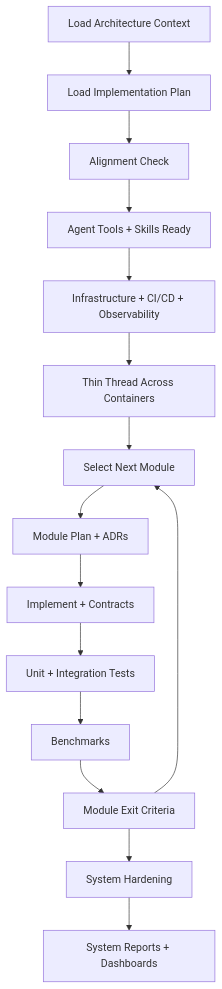
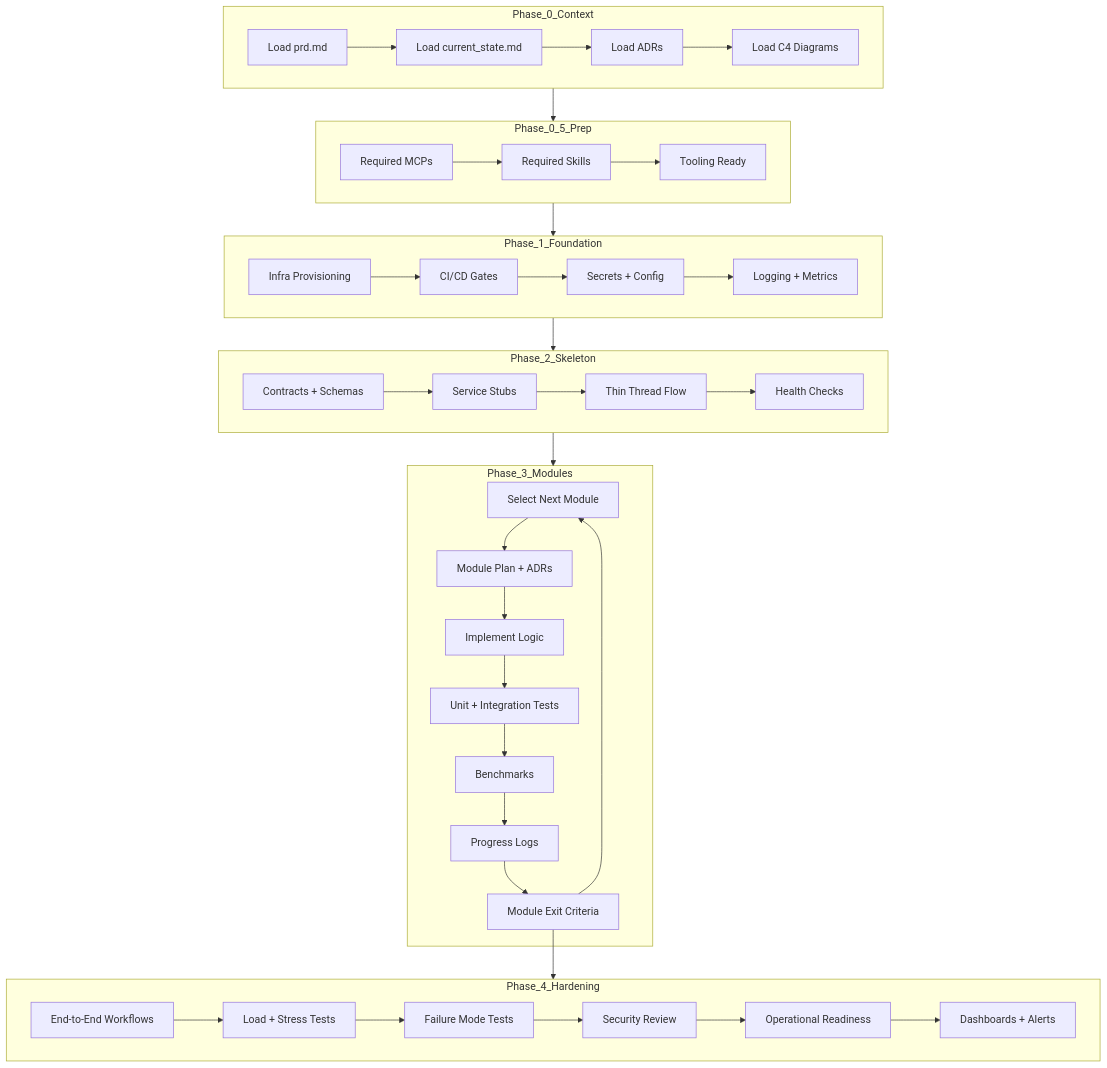
The third of 3 diagrams in Workflow Synthesize/flows/vibe-system-implementation.md (AnyAxis-Labs/sdlc-visualization), drawn with Mermaid before and after one commit. The commit also changed 1 other file, not shown here.

Commit message:
docs: deepen vibe system low levels

````diff
--- a/Workflow Synthesize/flows/vibe-system-implementation.md
+++ b/Workflow Synthesize/flows/vibe-system-implementation.md
@@ -57,17 +57,58 @@
 ```mermaid
 graph TB
-    LoadCtx["Load Architecture Context"] --> LoadPlan["Load Implementation Plan"]
-    LoadPlan --> Align["Alignment Check"]
-    Align --> Prep["Agent Tools + Skills Ready"]
-    Prep --> Foundation["Infrastructure + CI/CD + Observability"]
-    Foundation --> Skeleton["Thin Thread Across Containers"]
-    Skeleton --> ModulePick["Select Next Module"]
-    ModulePick --> ModulePlan["Module Plan + ADRs"]
-    ModulePlan --> Build["Implement + Contracts"]
-    Build --> Tests["Unit + Integration Tests"]
-    Tests --> Bench["Benchmarks"]
-    Bench --> ModuleDone["Module Exit Criteria"]
-    ModuleDone --> ModulePick
-    ModuleDone --> Hardening["System Hardening"]
-    Hardening --> Evidence["System Reports + Dashboards"]
+    subgraph Phase_0_Context
+        PRD["Load prd.md"]
+        State["Load current_state.md"]
+        ADRs["Load ADRs"]
+        Diagrams["Load C4 Diagrams"]
+        PRD --> State --> ADRs --> Diagrams
+    end
+
+    subgraph Phase_0_5_Prep
+        MCP["Required MCPs"]
+        Skills["Required Skills"]
+        Env["Tooling Ready"]
+        MCP --> Skills --> Env
+    end
+
+    subgraph Phase_1_Foundation
+        Infra["Infra Provisioning"]
+        CICD["CI/CD Gates"]
+        Secrets["Secrets + Config"]
+        Obs["Logging + Metrics"]
+        Infra --> CICD --> Secrets --> Obs
+    end
+
+    subgraph Phase_2_Skeleton
+        Contracts["Contracts + Schemas"]
+        Stubs["Service Stubs"]
+        Thin["Thin Thread Flow"]
+        Health["Health Checks"]
+        Contracts --> Stubs --> Thin --> Health
+    end
+
+    subgraph Phase_3_Modules
+        Pick["Select Next Module"]
+        Plan["Module Plan + ADRs"]
+        Build["Implement Logic"]
+        Tests["Unit + Integration Tests"]
+        Bench["Benchmarks"]
+        Docs["Progress Logs"]
+        Exit["Module Exit Criteria"]
+        Pick --> Plan --> Build --> Tests --> Bench --> Docs --> Exit
+    end
+
+    subgraph Phase_4_Hardening
+        E2E["End-to-End Workflows"]
+        Load["Load + Stress Tests"]
+        Failure["Failure Mode Tests"]
+        Sec["Security Review"]
+        Ops["Operational Readiness"]
+        Dash["Dashboards + Alerts"]
+        E2E --> Load --> Failure --> Sec --> Ops --> Dash
+    end
+
+    Phase_0_Context --> Phase_0_5_Prep --> Phase_1_Foundation --> Phase_2_Skeleton --> Phase_3_Modules
+    Exit --> Pick
+    Exit --> Phase_4_Hardening
 ```
````
